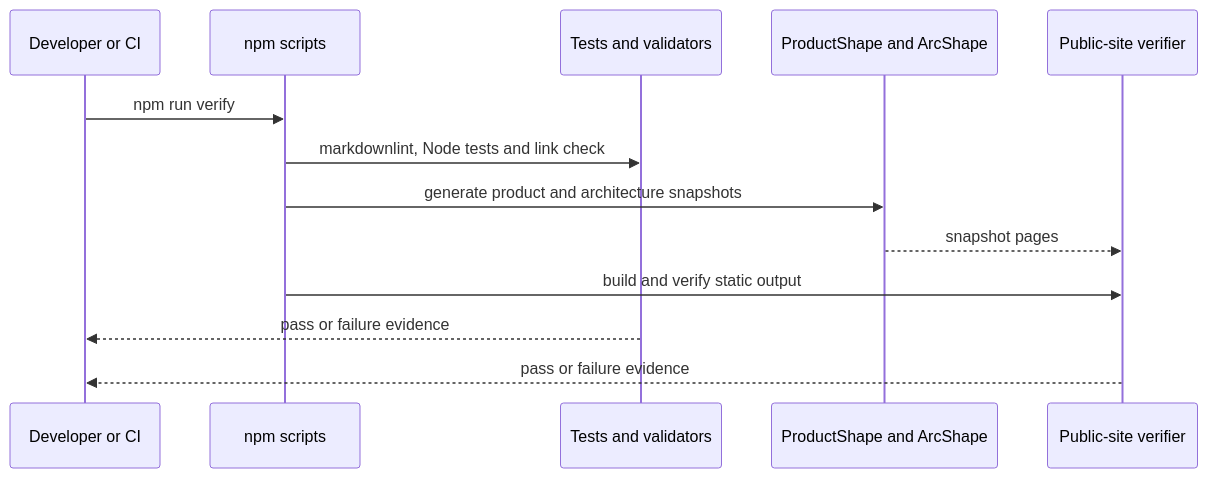
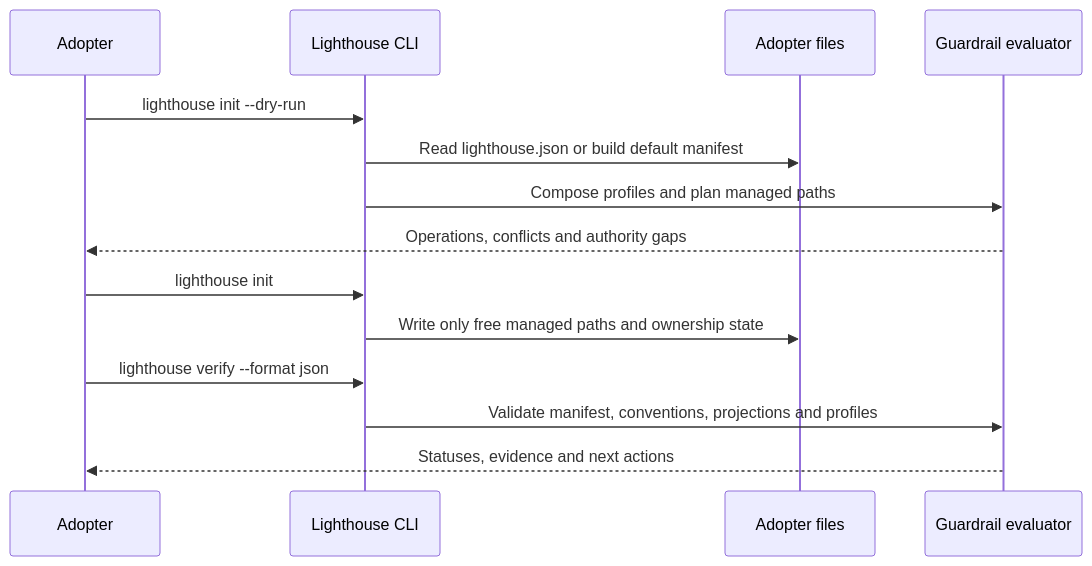
The first of 5 diagrams in docs/architecture/06-runtime-view/README.md (juangcarmona/lighthouse), drawn with Mermaid before and after one commit. The commit also changed other lines of this file and 13 other files, not shown here.

First line of the commit message:
docs(architecture): reconcile docs with implementation (#48)

````diff
--- a/docs/architecture/06-runtime-view/README.md
+++ b/docs/architecture/06-runtime-view/README.md
@@ -11,16 +11,17 @@
 ```mermaid
 sequenceDiagram
     accTitle: Current repository verification
-    participant User as Developer or CI
-    participant NPM as npm scripts
-    participant Checks as Tests and validators
-    participant Authorities as ProductShape and ArcShape
-    participant Site as Public-site verifier
-    User->>NPM: npm run verify
-    NPM->>Checks: markdownlint, Node tests and link check
-    NPM->>Authorities: generate product and architecture snapshots
-    Authorities-->>Site: snapshot pages
-    NPM->>Site: build and verify static output
-    Checks-->>User: pass or failure evidence
-    Site-->>User: pass or failure evidence
+    participant User as Adopter
+    participant CLI as Lighthouse CLI
+    participant Files as Adopter files
+    participant Checks as Guardrail evaluator
+    User->>CLI: lighthouse init --dry-run
+    CLI->>Files: Read lighthouse.json or build default manifest
+    CLI->>Checks: Compose profiles and plan managed paths
+    Checks-->>User: Operations, conflicts and authority gaps
+    User->>CLI: lighthouse init
+    CLI->>Files: Write only free managed paths and ownership state
+    User->>CLI: lighthouse verify --format json
+    CLI->>Checks: Validate manifest, conventions, projections and profiles
+    Checks-->>User: Statuses, evidence and next actions
 ```
````
